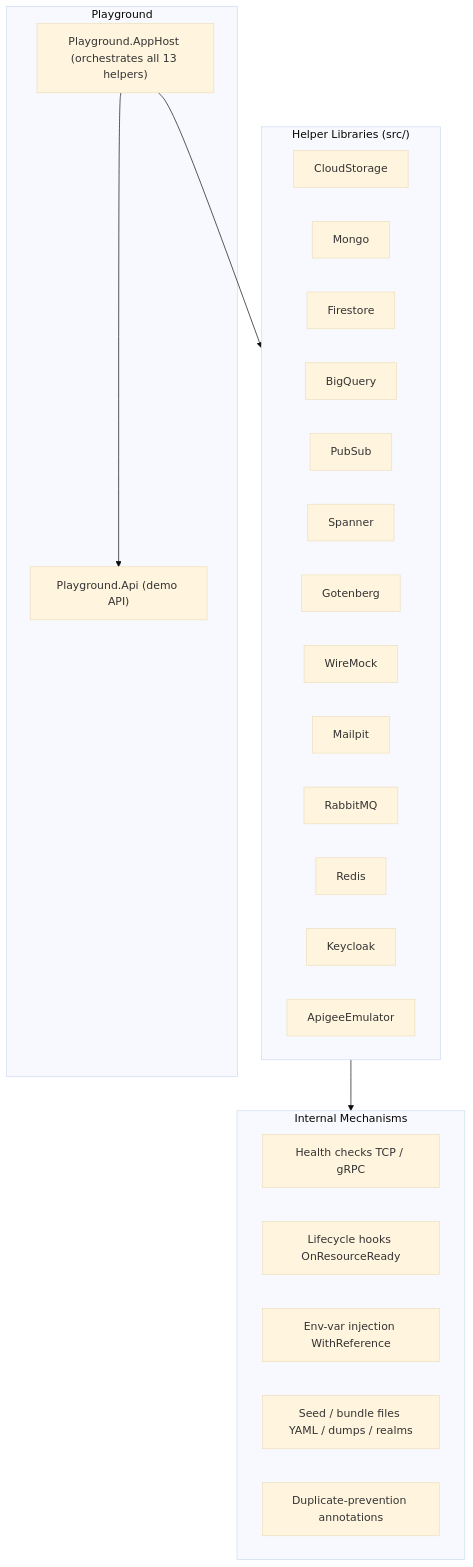
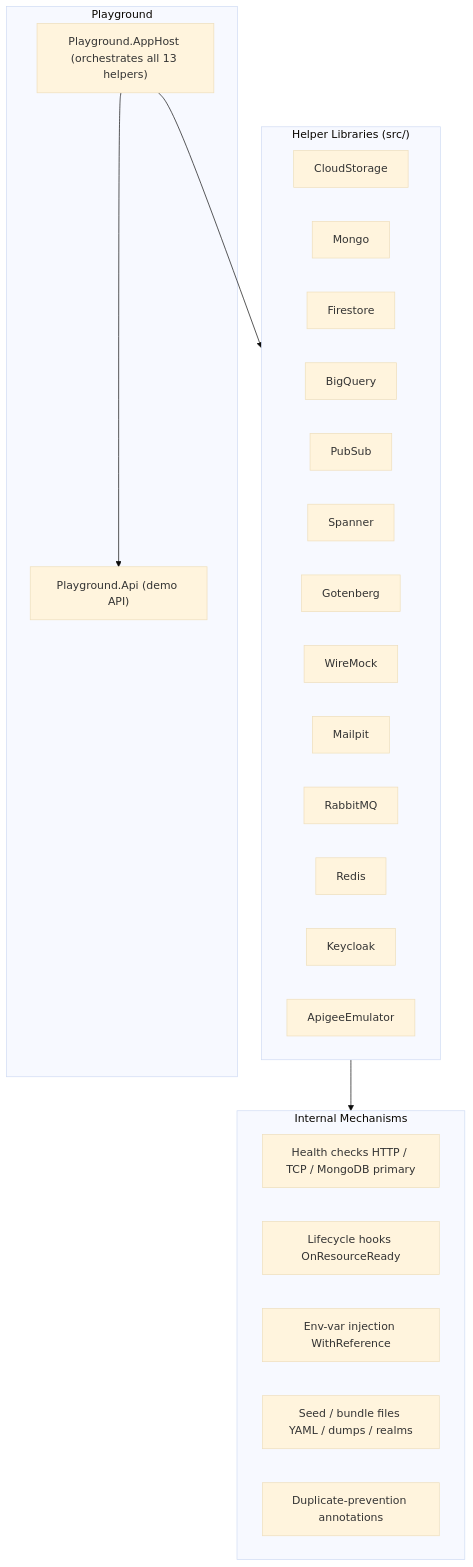
The diagram in README.md (Marcus-V-Freitas/MVFC.Aspire.Helpers), drawn with Mermaid (base theme) before and after one commit. The commit also changed other lines of this file and 74 other files, not shown here.

````diff
--- a/README.md
+++ b/README.md
@@ -210,36 +217,36 @@
 ```mermaid
 flowchart TD
     subgraph Playground
         AppHost["Playground.AppHost (orchestrates all 13 helpers)"]
         Api["Playground.Api (demo API)"]
     end
 
     subgraph Helpers["Helper Libraries (src/)"]
         direction LR
         CS[CloudStorage]
         MG[Mongo]
         FS[Firestore]
         BQ[BigQuery]
         PS[PubSub]
         SP[Spanner]
         GB[Gotenberg]
         WM[WireMock]
         MP[Mailpit]
         RB[RabbitMQ]
         RD[Redis]
         KC[Keycloak]
         AP[ApigeeEmulator]
     end
 
     subgraph Internals["Internal Mechanisms"]
-        HC[Health checks TCP / gRPC]
+        HC[Health checks HTTP / TCP / MongoDB primary]
         LH[Lifecycle hooks OnResourceReady]
         ENV[Env-var injection WithReference]
         SEED[Seed / bundle files YAML / dumps / realms]
         DEDUP[Duplicate-prevention annotations]
     end
 
     AppHost --> Helpers
     AppHost --> Api
     Helpers --> Internals
 ```
````
